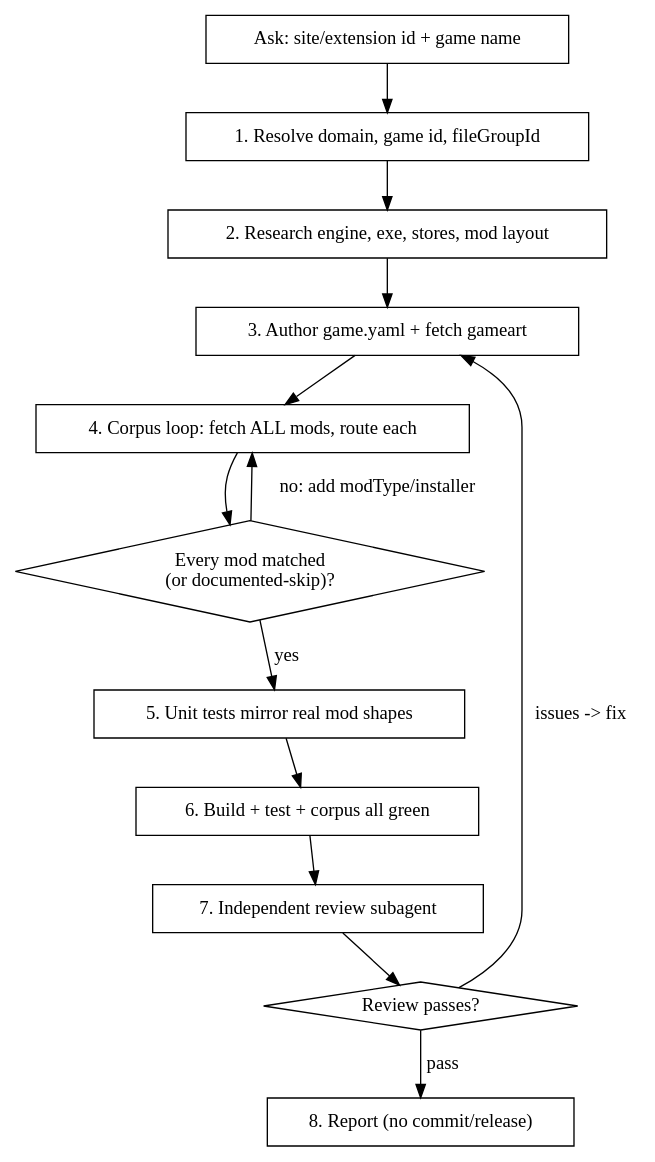
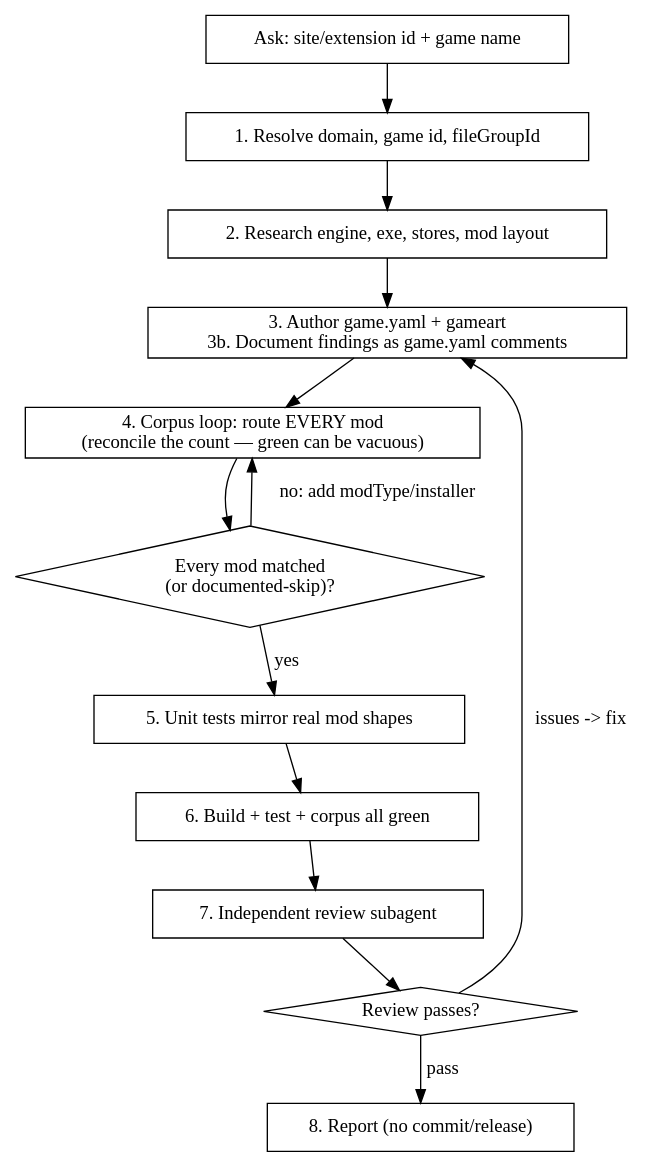
One commit to Nexus-Mods/gdl-games changed the diagram in .claude/skills/implement-game-extension/SKILL.md. Above: the diagram before and after it, drawn with Graphviz. The commit also changed other lines of this file and 12 other files, not shown here.

````diff
--- a/.claude/skills/implement-game-extension/SKILL.md
+++ b/.claude/skills/implement-game-extension/SKILL.md
@@ -19,23 +23,23 @@
 ```dot
 digraph implement {
   rankdir=TB; node [shape=box];
   inputs   [label="Ask: site/extension id + game name"];
   resolve  [label="1. Resolve domain, game id, fileGroupId"];
   research [label="2. Research engine, exe, stores, mod layout"];
-  author   [label="3. Author game.yaml + fetch gameart"];
-  corpus   [label="4. Corpus loop: fetch ALL mods, route each"];
+  author   [label="3. Author game.yaml + gameart\n3b. Document findings as game.yaml comments"];
+  corpus   [label="4. Corpus loop: route EVERY mod\n(reconcile the count — green can be vacuous)"];
   covered  [label="Every mod matched\n(or documented-skip)?" shape=diamond];
   units    [label="5. Unit tests mirror real mod shapes"];
   build    [label="6. Build + test + corpus all green"];
   review   [label="7. Independent review subagent"];
   ok       [label="Review passes?" shape=diamond];
   report   [label="8. Report (no commit/release)"];
 
   inputs -> resolve -> research -> author -> corpus -> covered;
   covered -> corpus [label="no: add modType/installer"];
   covered -> units [label="yes"];
   units -> build -> review -> ok;
   ok -> author [label="issues -> fix"];
   ok -> report [label="pass"];
 }
 ```
````
